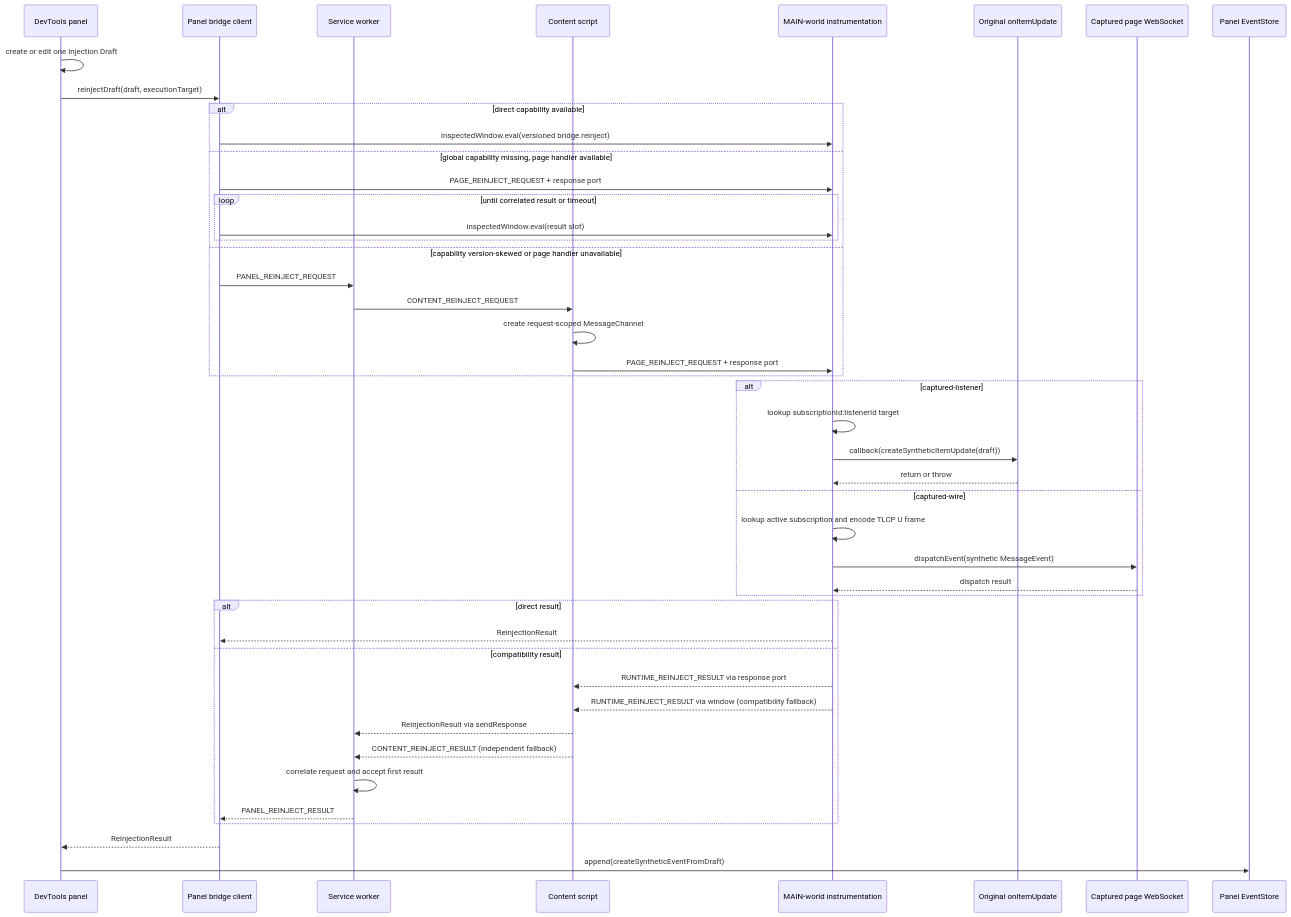
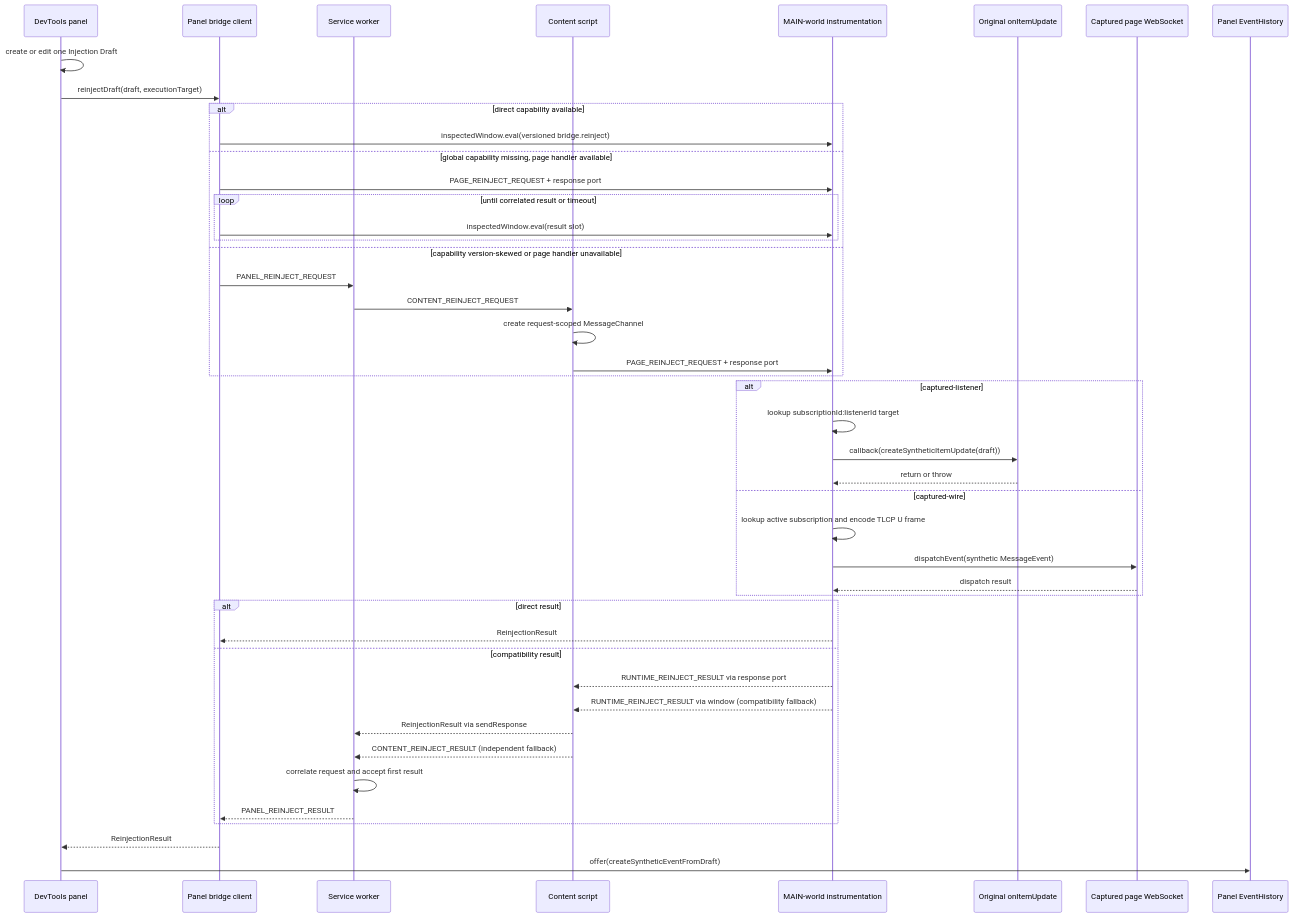
One commit to imom39a/lightstreamer-workbench-extension changed the seventh of 7 diagrams in docs/ARCHITECTURE.md. Above: the diagram before and after it, drawn with Mermaid. The commit also changed other lines of this file and 10 other files, not shown here.

Commit message:
Contract runtime retention around EventHistory status

````diff
--- a/docs/ARCHITECTURE.md
+++ b/docs/ARCHITECTURE.md
@@ -691,48 +654,48 @@
 ```mermaid
 sequenceDiagram
   participant UI as DevTools panel
   participant PBC as Panel bridge client
   participant BG as Service worker
   participant CS as Content script
   participant Inj as MAIN-world instrumentation
   participant Listener as Original onItemUpdate
   participant WS as Captured page WebSocket
-  participant Store as Panel EventStore
+  participant History as Panel EventHistory
 
   UI->>UI: create or edit one Injection Draft
   UI->>PBC: reinjectDraft(draft, executionTarget)
   alt direct capability available
     PBC->>Inj: inspectedWindow.eval(versioned bridge.reinject)
   else global capability missing, page handler available
     PBC->>Inj: PAGE_REINJECT_REQUEST + response port
     loop until correlated result or timeout
       PBC->>Inj: inspectedWindow.eval(result slot)
     end
   else capability version-skewed or page handler unavailable
     PBC->>BG: PANEL_REINJECT_REQUEST
     BG->>CS: CONTENT_REINJECT_REQUEST
     CS->>CS: create request-scoped MessageChannel
     CS->>Inj: PAGE_REINJECT_REQUEST + response port
   end
   alt captured-listener
     Inj->>Inj: lookup subscriptionId:listenerId target
     Inj->>Listener: callback(createSyntheticItemUpdate(draft))
     Listener-->>Inj: return or throw
   else captured-wire
     Inj->>Inj: lookup active subscription and encode TLCP U frame
     Inj->>WS: dispatchEvent(synthetic MessageEvent)
     WS-->>Inj: dispatch result
   end
   alt direct result
     Inj-->>PBC: ReinjectionResult
   else compatibility result
     Inj-->>CS: RUNTIME_REINJECT_RESULT via response port
     Inj-->>CS: RUNTIME_REINJECT_RESULT via window (compatibility fallback)
     CS-->>BG: ReinjectionResult via sendResponse
     CS-->>BG: CONTENT_REINJECT_RESULT (independent fallback)
     BG->>BG: correlate request and accept first result
     BG-->>PBC: PANEL_REINJECT_RESULT
   end
   PBC-->>UI: ReinjectionResult
-  UI->>Store: append(createSyntheticEventFromDraft)
+  UI->>History: offer(createSyntheticEventFromDraft)
 ```
````
